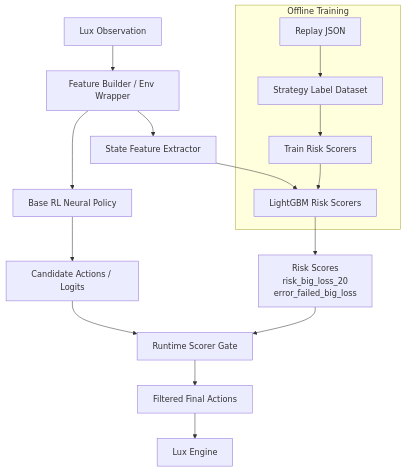
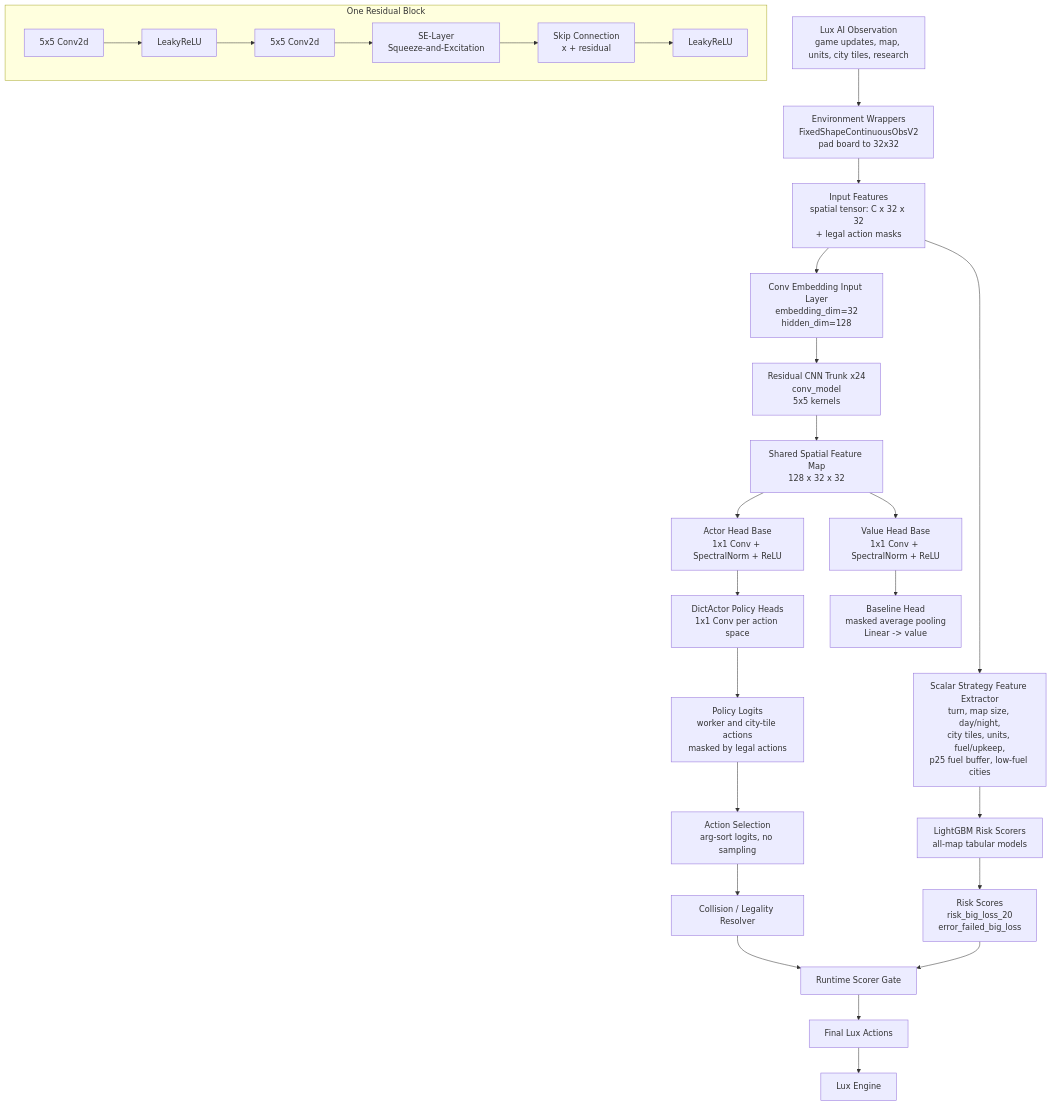
Before and after one commit to Gassyuku-groupC/LUXAI2021-2026gassyuku: the first of 2 diagrams in METHODOLOGY.md, drawn with Mermaid. The commit also changed other lines of this file, not shown here.

Commit message:
Clarify gate agent architecture diagram

````diff
--- a/METHODOLOGY.md
+++ b/METHODOLOGY.md
@@ -38,21 +38,36 @@
 ```mermaid
 flowchart TD
-    A["Lux Observation"] --> B["Feature Builder / Env Wrapper"]
-    B --> C["Base RL Neural Policy"]
-    C --> D["Candidate Actions / Logits"]
+    A["Lux AI Observation<br/>game updates, map, units, city tiles, research"] --> B["Environment Wrappers<br/>FixedShapeContinuousObsV2<br/>pad board to 32x32"]
+    B --> C["Input Features<br/>spatial tensor: C x 32 x 32<br/>+ legal action masks"]
 
-    B --> E["State Feature Extractor"]
-    E --> F["LightGBM Risk Scorers"]
-    F --> G["Risk Scores<br/>risk_big_loss_20<br/>error_failed_big_loss"]
+    C --> D["Conv Embedding Input Layer<br/>embedding_dim=32<br/>hidden_dim=128"]
+    D --> E["Residual CNN Trunk x24<br/>conv_model<br/>5x5 kernels"]
 
-    D --> H["Runtime Scorer Gate"]
-    G --> H
-    H --> I["Filtered Final Actions"]
-    I --> J["Lux Engine"]
+    subgraph RB["One Residual Block"]
+        RB1["5x5 Conv2d"] --> RB2["LeakyReLU"]
+        RB2 --> RB3["5x5 Conv2d"]
+        RB3 --> RB4["SE-Layer<br/>Squeeze-and-Excitation"]
+        RB4 --> RB5["Skip Connection<br/>x + residual"]
+        RB5 --> RB6["LeakyReLU"]
+    end
 
-    subgraph "Offline Training"
-        K["Replay JSON"] --> L["Strategy Label Dataset"]
-        L --> M["Train Risk Scorers"]
-        M --> F
-    end
+    E --> F["Shared Spatial Feature Map<br/>128 x 32 x 32"]
+    F --> G["Actor Head Base<br/>1x1 Conv + SpectralNorm + ReLU"]
+    G --> H["DictActor Policy Heads<br/>1x1 Conv per action space"]
+    H --> I["Policy Logits<br/>worker and city-tile actions<br/>masked by legal actions"]
+
+    F --> J["Value Head Base<br/>1x1 Conv + SpectralNorm + ReLU"]
+    J --> K["Baseline Head<br/>masked average pooling<br/>Linear -> value"]
+
+    I --> L["Action Selection<br/>arg-sort logits, no sampling"]
+    L --> M["Collision / Legality Resolver"]
+
+    C --> N["Scalar Strategy Feature Extractor<br/>turn, map size, day/night,<br/>city tiles, units, fuel/upkeep,<br/>p25 fuel buffer, low-fuel cities"]
+    N --> O["LightGBM Risk Scorers<br/>all-map tabular models"]
+    O --> P["Risk Scores<br/>risk_big_loss_20<br/>error_failed_big_loss"]
+
+    M --> Q["Runtime Scorer Gate"]
+    P --> Q
+    Q --> R["Final Lux Actions"]
+    R --> S["Lux Engine"]
 ```
````
